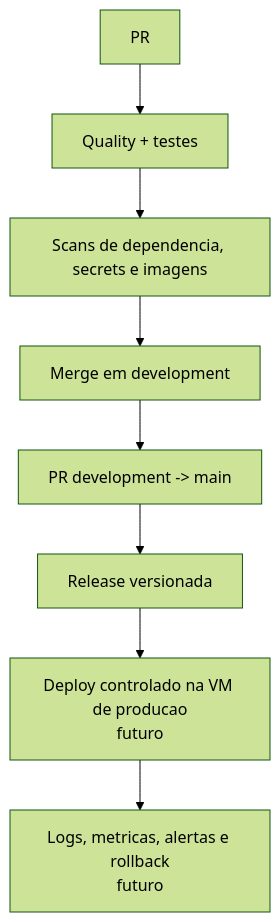
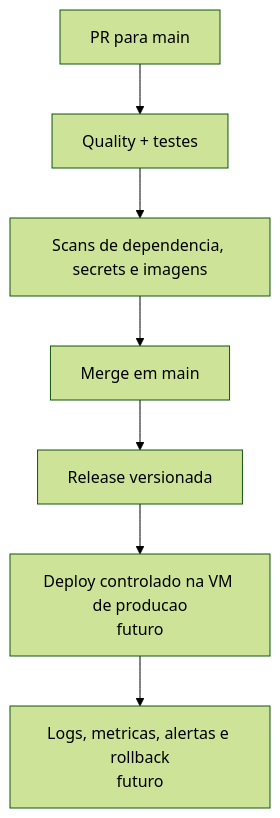
One commit to ifpebj-ti/inventario-patrimonio-cces changed the third of 3 diagrams in docs/wiki/Esteira-de-CI-CD.md. Above: the diagram before and after it, drawn with Mermaid (forest theme). The commit also changed other lines of this file and 5 other files, not shown here.

Commit message:
docs(branching): documenta fluxo direto para main

````diff
--- a/docs/wiki/Esteira-de-CI-CD.md
+++ b/docs/wiki/Esteira-de-CI-CD.md
@@ -97,15 +74,12 @@
 ```mermaid
 flowchart TD
-    pr["PR"]
+    pr["PR para main"]
     quality["Quality + testes"]
     scans["Scans de dependencia, secrets e imagens"]
-    devMerge["Merge em development"]
-    promote["PR development -> main"]
+    merge["Merge em main"]
     release["Release versionada"]
     deployProd["Deploy controlado na VM de producao<br/>futuro"]
     monitor["Logs, metricas, alertas e rollback<br/>futuro"]
 
-    pr --> quality --> scans --> devMerge
-    devMerge --> promote
-    promote --> release --> deployProd --> monitor
+    pr --> quality --> scans --> merge --> release --> deployProd --> monitor
 ```
````
